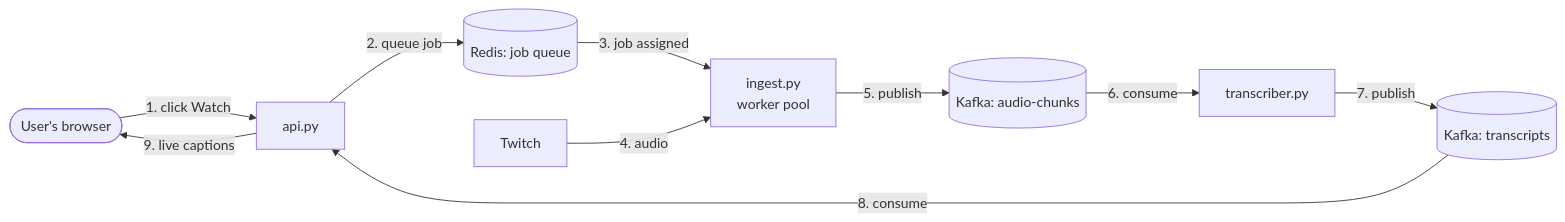
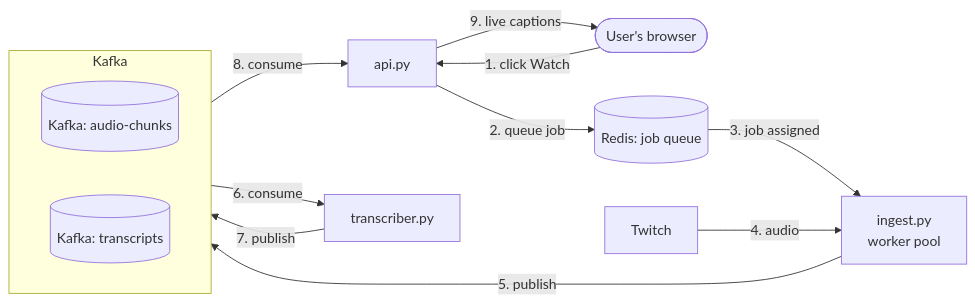
One commit to maximka76667/twitch-transcription changed the diagram in README.md. Above: the diagram before and after it, drawn with Mermaid.

Commit message:
docs: revert yellow kafka box

````diff
--- a/README.md
+++ b/README.md
@@ -16,22 +16,25 @@
 ```mermaid
 flowchart LR
     USER(["User's browser"])
     API["api.py"]
     REDISQ[("Redis: job queue")]
     ING["ingest.py<br/>worker pool"]
     TWITCH["Twitch"]
     TRX["transcriber.py"]
 
-    T1[("Kafka: audio-chunks")]
-    T2[("Kafka: transcripts")]
+    subgraph KAFKA [Kafka]
+        direction LR
+        T1[("Kafka: audio-chunks")]
+        T2[("Kafka: transcripts")]
+    end
 
     USER -- "1. click Watch" --> API
     API -- "2. queue job" --> REDISQ
     REDISQ -- "3. job assigned" --> ING
     TWITCH -- "4. audio" --> ING
     ING -- "5. publish" --> T1
     T1 -- "6. consume" --> TRX
     TRX -- "7. publish" --> T2
     T2 -- "8. consume" --> API
     API -- "9. live captions" --> USER
 ```
````
